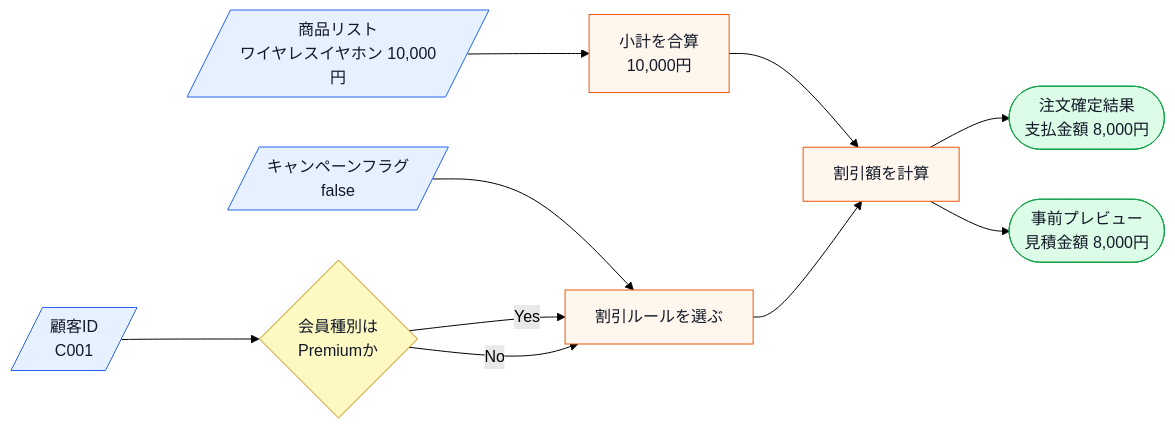
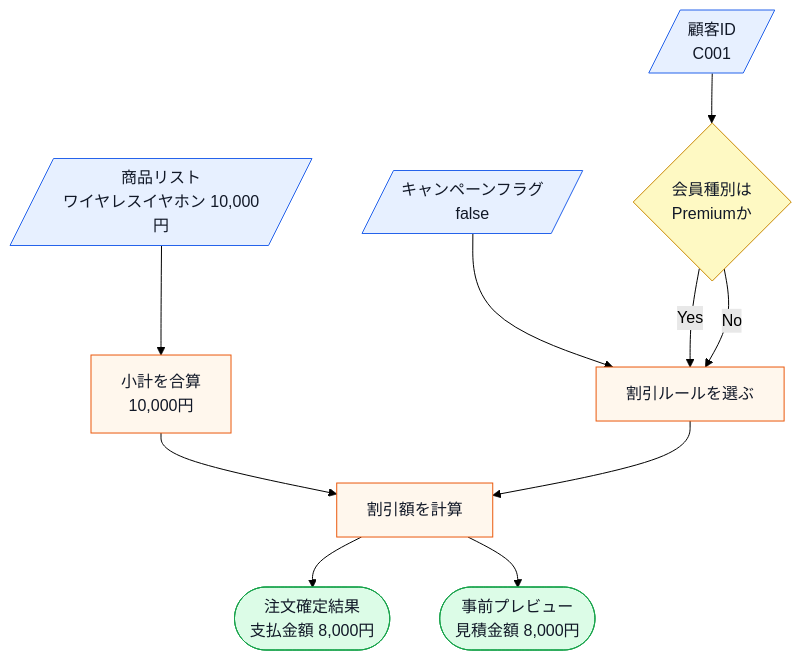
Before and after one commit to kumachan1101-pixel/DesignPattern: the second of 14 diagrams in kindle/design-patterns/books/volume01-core-patterns/output/chapter01.md, drawn with Mermaid (forest theme). The commit also changed other lines of this file and 8 other files, not shown here.

````diff
--- a/kindle/design-patterns/books/volume01-core-patterns/output/chapter01.md
+++ b/kindle/design-patterns/books/volume01-core-patterns/output/chapter01.md
@@ -158,17 +158,17 @@
 ```mermaid
-flowchart LR
+flowchart TB
     A[/商品リスト<br>ワイヤレスイヤホン 10,000円/]:::input --> G[小計を合算<br>10,000円]:::process
     C[/顧客ID<br>C001/]:::input --> D{会員種別は<br>Premiumか}:::decision
     E[/キャンペーンフラグ<br>false/]:::input --> H[割引ルールを選ぶ]:::process
     D -->|Yes| H
     D -->|No| H
     G --> I[割引額を計算]:::process
     H --> I
     I --> J([注文確定結果<br>支払金額 8,000円]):::normal
     I --> K([事前プレビュー<br>見積金額 8,000円]):::normal
 
     classDef input fill:#e7f0ff,stroke:#2563eb,color:#111827;
     classDef process fill:#fff7ed,stroke:#ea580c,color:#111827;
     classDef decision fill:#fef9c3,stroke:#ca8a04,color:#111827;
     classDef normal fill:#dcfce7,stroke:#16a34a,color:#111827;
 ```
````
